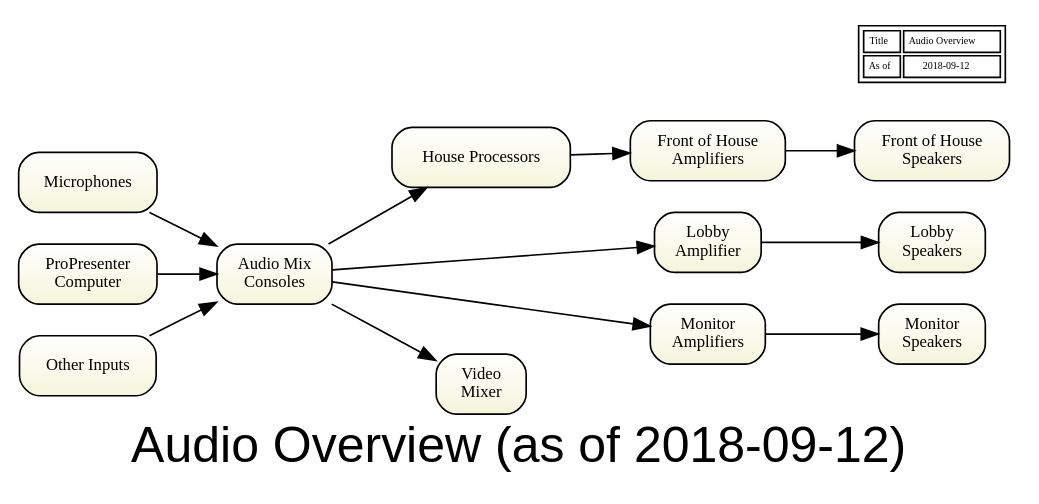
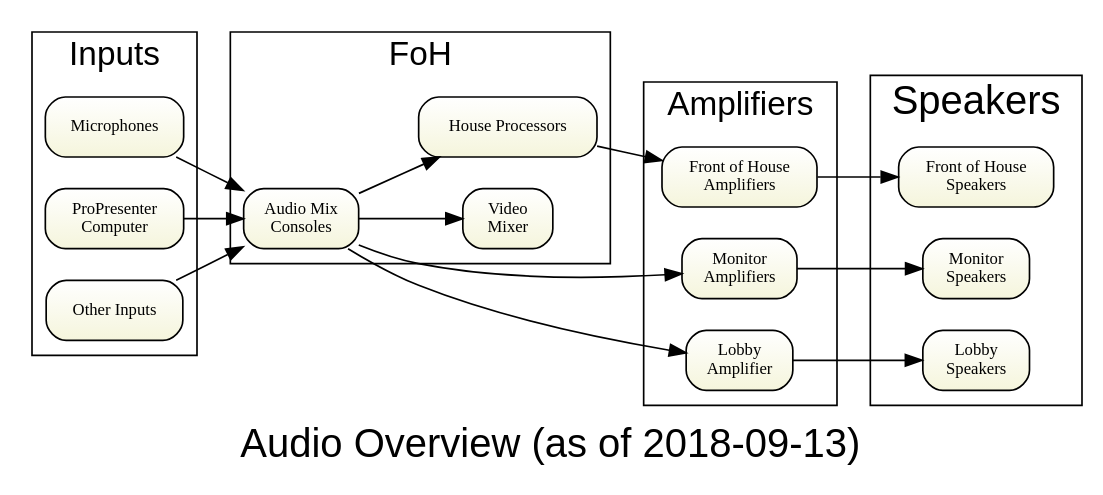
One commit to avmaint/uactechdoc changed the diagram in sda-overview.gv. Above: the diagram before and after it, drawn with Graphviz. The commit also changed 4 other files, not shown here.

```diff
--- a/sda-overview.gv
+++ b/sda-overview.gv
@@ -1,62 +1,53 @@
 digraph overview { 
-graph [overlap = true, fontsize = 30, rankdir=LR 
-      label="Audio Overview (as of 2018-09-12)", 
+graph [overlap = true, fontsize = 24, rankdir=LR 
+      label="Audio Overview (as of 2018-09-13)", 
       fontname = Helvetica]
 
 node [shape=Mrecord, tooltip="" , fontsize = 10, 
       fillcolor="white:beige" , style=filled  
       gradientangle=270]
 
 mics [label="Microphones"]
 ppcomputer [label="ProPresenter\nComputer"]
 otherinputs [label="Other Inputs"]
 
-consoles [label="Audio Mix\nConsoles"]
-
 mics        -> consoles
 ppcomputer  -> consoles  
 otherinputs -> consoles
 
-dsp [label="House Processors"]
+consoles  -> videomixer
+
+subgraph cluster_foh {label="FoH"   fontsize = 20
+  consoles [label="Audio Mix\nConsoles"]
+  dsp [label="House Processors"]
+  videomixer [label="Video\nMixer"]
+}
+
+subgraph cluster_inputs {label="Inputs" fontsize = 20
+mics
+ppcomputer
+otherinputs
+}
+
+subgraph cluster_amps { label="Amplifiers" fontsize = 20
+  houseamp [label="Front of House\nAmplifiers"]
+  monitoramp [label="Monitor\nAmplifiers"]  
+  lobbyamp [label="Lobby\nAmplifier"]
+}
+
+subgraph cluster_spkrs {label="Speakers"
+  monitorspeakers [label="Monitor\nSpeakers"] 
+  lobbyspeakers [label="Lobby\nSpeakers"]
+  housespeakers [label="Front of House\nSpeakers"]
+}
+ 
 consoles  -> dsp  
-
-houseamp [label="Front of House\nAmplifiers"]
-
 dsp  -> houseamp 
-houseamp -> housespeakers 
-
-housespeakers [label="Front of House\nSpeakers"]
-
-lobbyamp [label="Lobby\nAmplifier"]
-
-lobbyspeakers [label="Lobby\nSpeakers"]
+houseamp -> housespeakers  
 
 consoles    -> lobbyamp
 lobbyamp    -> lobbyspeakers
- 
-monitoramp [label="Monitor\nAmplifiers"]  
- 
-monitorspeakers [label="Monitor\nSpeakers"] 
- 
+
 consoles  -> monitoramp 
 monitoramp  -> monitorspeakers 
-
-videomixer [label="Video\nMixer"]
-
-consoles  -> videomixer
-
-Node [shape=plaintext, fillcolor=white, fontsize = 6]
-stamp [label= <<table>
-<tr><td>Title</td>
-    <td>Audio Overview</td>
-</tr>    
-<tr><td>As of</td>
-    <td>2018-09-12</td>
-</tr>
-</table>> ]  
-
-{rank=same;  lobbyspeakers  housespeakers monitorspeakers}
-{rank=same;  lobbyamp       houseamp      monitoramp}
-{rank=same;  lobbyspeakers stamp}
-
 } 
```
